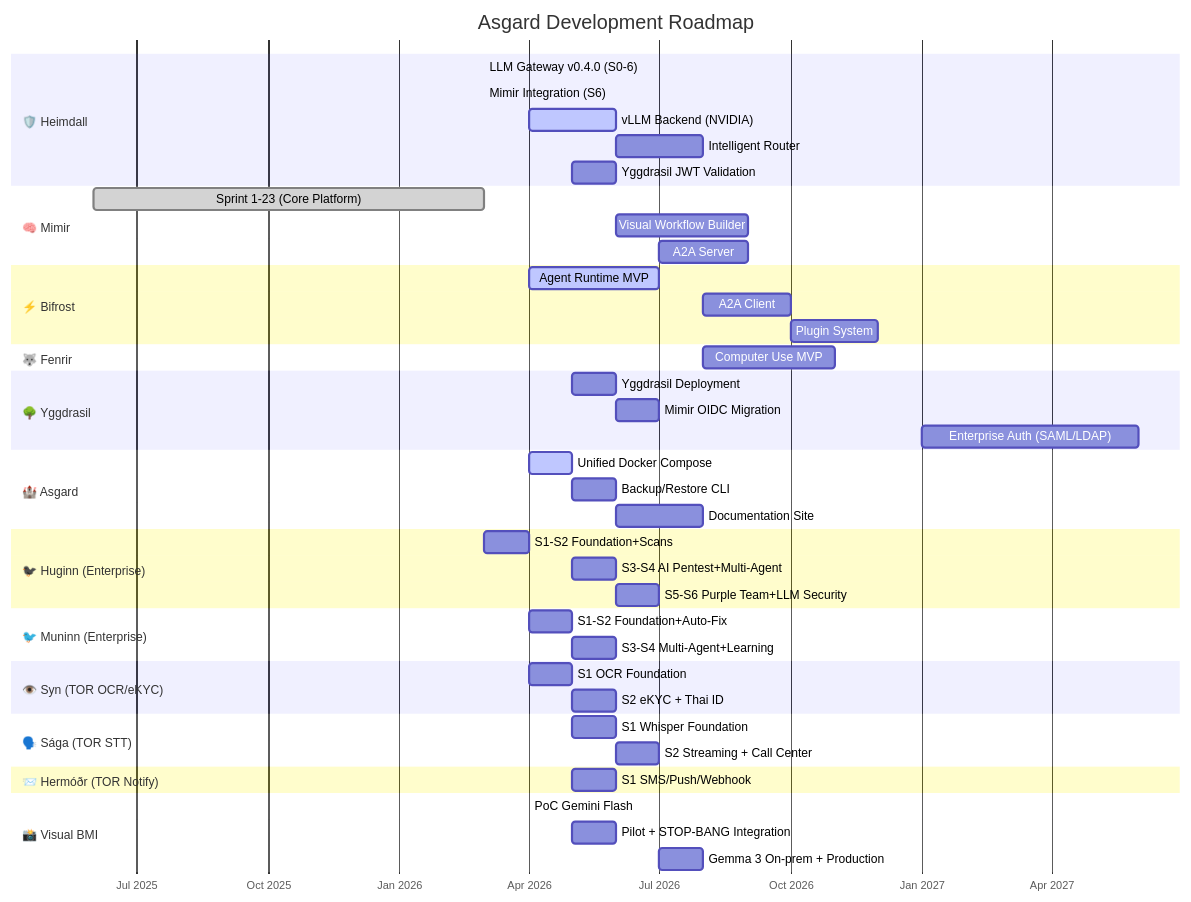
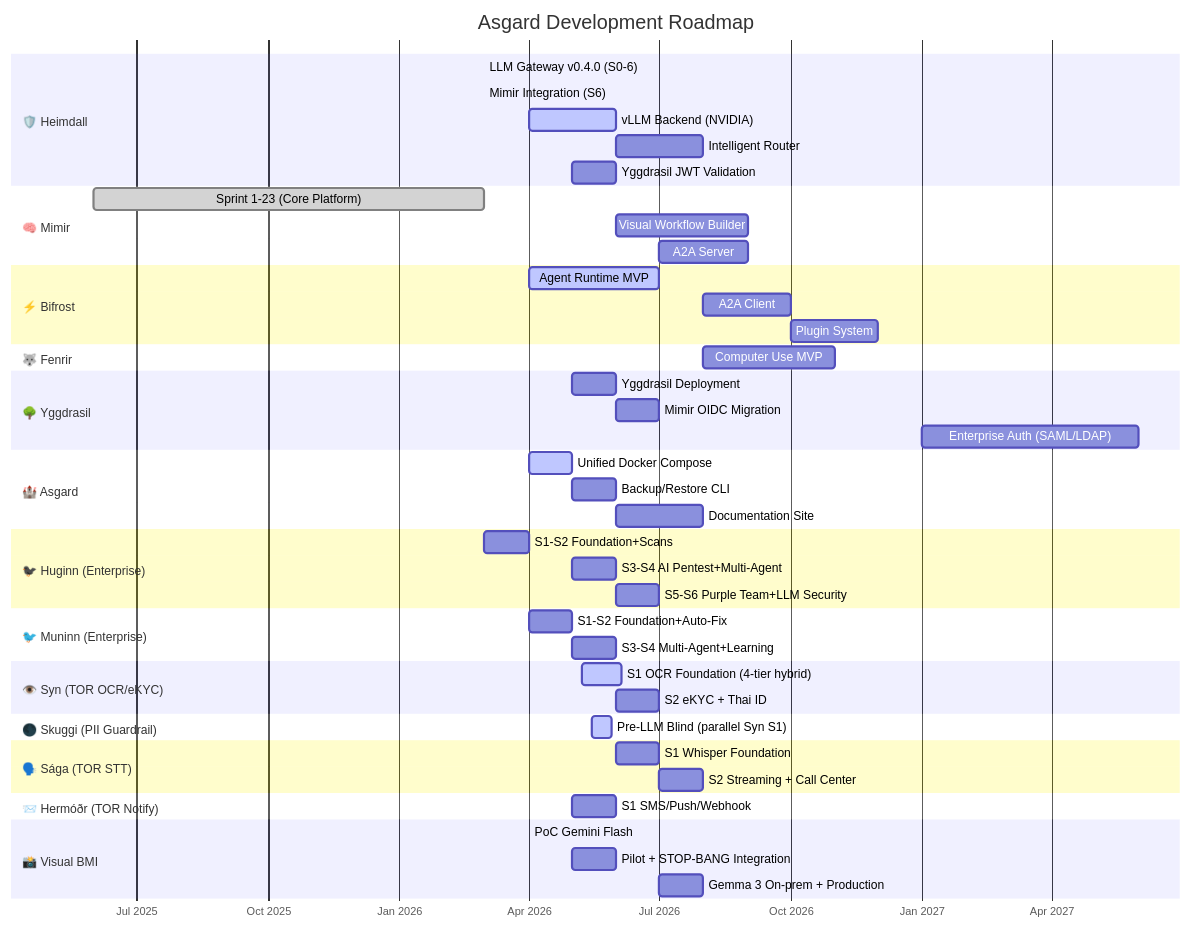
One commit to MegaWiz-Dev-Team/Asgard changed the diagram in docs/strategy/roadmap.md. Above: the diagram before and after it, drawn with Mermaid. The commit also changed other lines of this file and 2 other files, not shown here.

First line of the commit message:
docs(arch): ADR-006 Syn OCR + ADR-007 Skuggi PII + roadmap update

````diff
--- a/docs/strategy/roadmap.md
+++ b/docs/strategy/roadmap.md
@@ -11,61 +11,64 @@
 ```mermaid
 gantt
     title Asgard Development Roadmap
     dateFormat  YYYY-MM
     axisFormat  %b %Y
 
     section 🛡️ Heimdall
     LLM Gateway v0.4.0 (S0-6)        :done,    h1, 2026-03, 2026-03
     Mimir Integration (S6)            :done,    h1b, 2026-03, 2026-03
     vLLM Backend (NVIDIA)             :active,  h2, 2026-04, 2026-06
     Intelligent Router                :         h3, 2026-06, 2026-08
     Yggdrasil JWT Validation            :         h4, 2026-05, 2026-06
 
     section 🧠 Mimir
     Sprint 1-23 (Core Platform)       :done,    m1, 2025-06, 2026-03
     Visual Workflow Builder            :         m2, 2026-06, 2026-09
     A2A Server                        :         m3, 2026-07, 2026-09
 
     section ⚡ Bifrost
     Agent Runtime MVP                 :active,  b1, 2026-04, 2026-07
     A2A Client                        :         b2, 2026-08, 2026-10
     Plugin System                     :         b3, 2026-10, 2026-12
 
     section 🐺 Fenrir
     Computer Use MVP                  :         f1, 2026-08, 2026-11
 
     section 🌳 Yggdrasil
     Yggdrasil Deployment                :         y1, 2026-05, 2026-06
     Mimir OIDC Migration              :         y2, 2026-06, 2026-07
     Enterprise Auth (SAML/LDAP)       :         y3, 2027-01, 2027-06
 
     section 🏰 Asgard
     Unified Docker Compose            :active,  a1, 2026-04, 2026-05
     Backup/Restore CLI                :         a2, 2026-05, 2026-06
     Documentation Site                :         a3, 2026-06, 2026-08
 
     section 🐦‍⬛ Huginn (Enterprise)
     S1-S2 Foundation+Scans            :         hg1, 2026-03, 2026-04
     S3-S4 AI Pentest+Multi-Agent      :         hg2, 2026-05, 2026-06
     S5-S6 Purple Team+LLM Security    :         hg3, 2026-06, 2026-07
 
     section 🐦 Muninn (Enterprise)
     S1-S2 Foundation+Auto-Fix         :         mn1, 2026-04, 2026-05
     S3-S4 Multi-Agent+Learning        :         mn2, 2026-05, 2026-06
 
     section 👁️ Syn (TOR OCR/eKYC)
-    S1 OCR Foundation                 :         syn1, 2026-04, 2026-05
-    S2 eKYC + Thai ID                 :         syn2, 2026-05, 2026-06
+    S1 OCR Foundation (4-tier hybrid) :active,  syn1, 2026-05-08, 4w
+    S2 eKYC + Thai ID                 :         syn2, 2026-06, 2026-07
+
+    section 🌑 Skuggi (PII Guardrail)
+    Pre-LLM Blind (parallel Syn S1)   :active,  sk1,  2026-05-15, 2w
 
     section 🗣️ Sága (TOR STT)
-    S1 Whisper Foundation             :         sag1, 2026-05, 2026-06
-    S2 Streaming + Call Center        :         sag2, 2026-06, 2026-07
+    S1 Whisper Foundation             :         sag1, 2026-06, 2026-07
+    S2 Streaming + Call Center        :         sag2, 2026-07, 2026-08
 
     section 📨 Hermóðr (TOR Notify)
     S1 SMS/Push/Webhook               :         her1, 2026-05, 2026-06
 
     section 📸 Visual BMI
     PoC Gemini Flash                  :         vbmi1, 2026-04, 2026-04
     Pilot + STOP-BANG Integration     :         vbmi2, 2026-05, 2026-06
     Gemma 3 On-prem + Production      :         vbmi3, 2026-07, 2026-08
 ```
````
